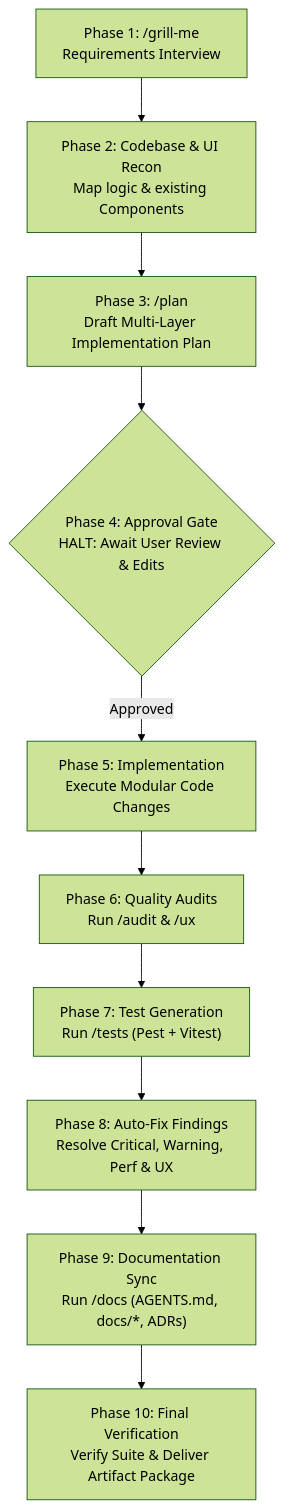
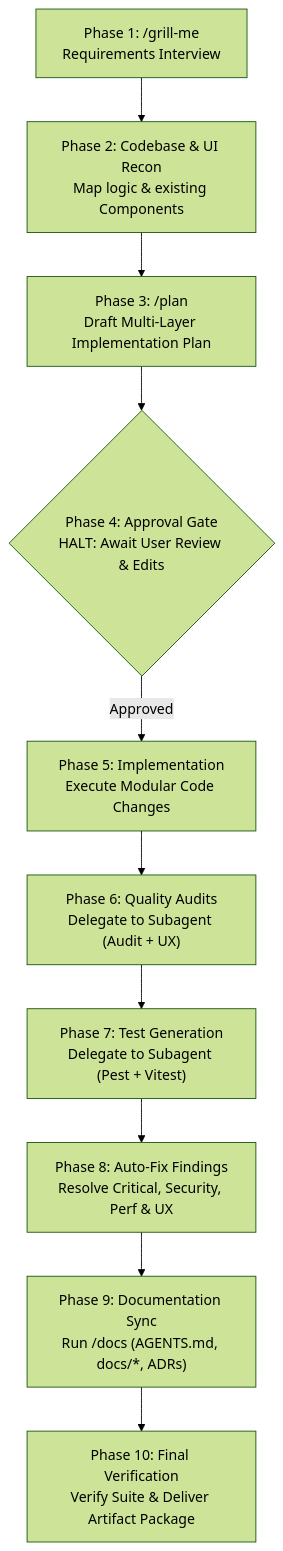
One commit to arabeladuran/engineering-workflow changed the diagram in skills/feature/SKILL.md. Above: the diagram before and after it, drawn with Mermaid (forest theme). The commit also changed other lines of this file and 3 other files, not shown here.

Commit message:
update readme, enhance skills to clarify audit and ux standards, and delegate phases to sub agents in feature skill

````diff
--- a/skills/feature/SKILL.md
+++ b/skills/feature/SKILL.md
@@ -14,12 +14,12 @@
 ```mermaid
 flowchart TD
     P1["Phase 1: /grill-me<br/>Requirements Interview"] --> P2["Phase 2: Codebase & UI Recon<br/>Map logic & existing Components"]
     P2 --> P3["Phase 3: /plan<br/>Draft Multi-Layer Implementation Plan"]
     P3 --> P4{"Phase 4: Approval Gate<br/>HALT: Await User Review & Edits"}
     P4 -->|Approved| P5["Phase 5: Implementation<br/>Execute Modular Code Changes"]
-    P5 --> P6["Phase 6: Quality Audits<br/>Run /audit & /ux"]
-    P6 --> P7["Phase 7: Test Generation<br/>Run /tests (Pest + Vitest)"]
-    P7 --> P8["Phase 8: Auto-Fix Findings<br/>Resolve Critical, Warning, Perf & UX"]
+    P5 --> P6["Phase 6: Quality Audits<br/>Delegate to Subagent (Audit + UX)"]
+    P6 --> P7["Phase 7: Test Generation<br/>Delegate to Subagent (Pest + Vitest)"]
+    P7 --> P8["Phase 8: Auto-Fix Findings<br/>Resolve Critical, Security, Perf & UX"]
     P8 --> P9["Phase 9: Documentation Sync<br/>Run /docs (AGENTS.md, docs/*, ADRs)"]
     P9 --> P10["Phase 10: Final Verification<br/>Verify Suite & Deliver Artifact Package"]
 ```
````
